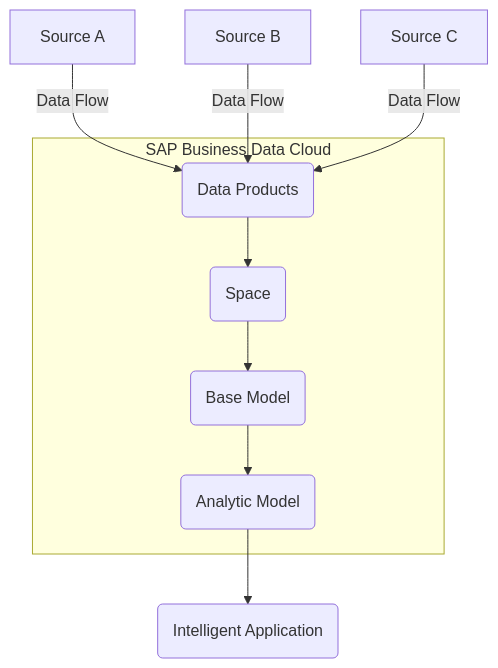
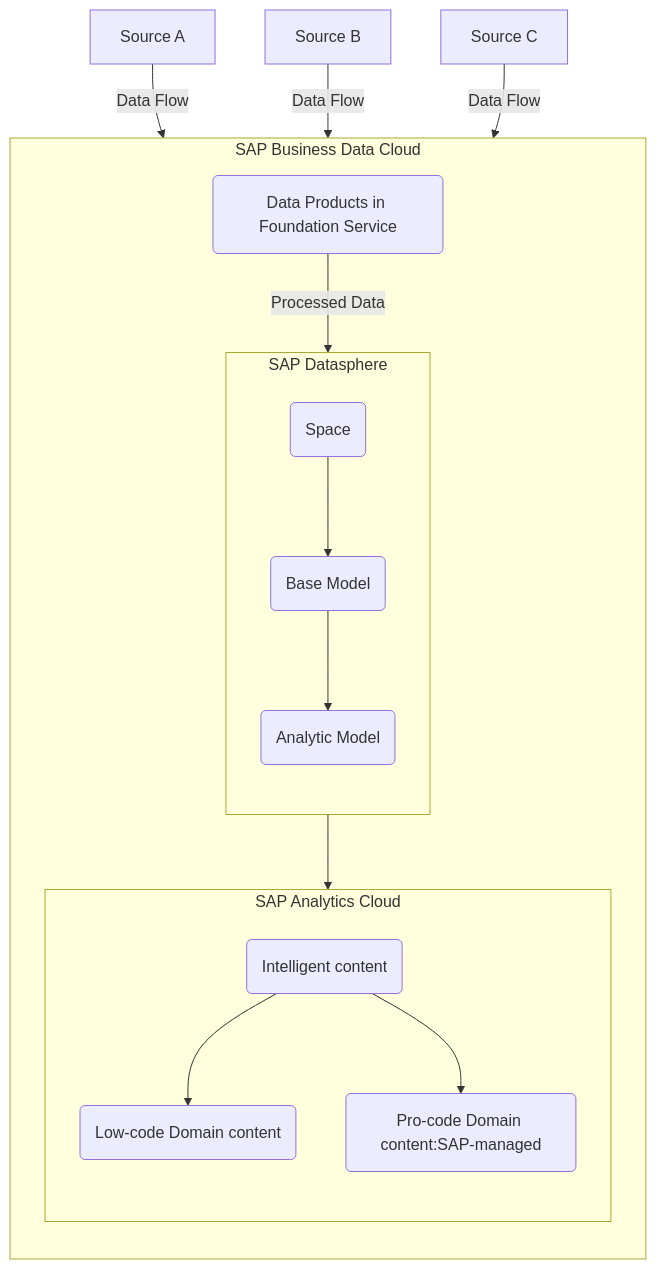
One commit to SAP/architecture-center changed the sixth of 7 diagrams in docs/community/02-Guidelines/06-diagrams.md. Above: the diagram before and after it, drawn with Mermaid.

Commit message:
docs: expand SAP Business Data Cloud flowchart with nested subgraphs
Add nested subgraphs for SAP Datasphere and SAP Analytics Cloud within
the SAP Business Data Cloud diagram. Include additional nodes for
Intelligent content, Low-code Domain content, and Pro-code Domain
content to better represent the full data enrichment pipeline.

````diff
--- a/docs/community/02-Guidelines/06-diagrams.md
+++ b/docs/community/02-Guidelines/06-diagrams.md
@@ -201,12 +201,21 @@
         ```mermaid
-        graph TD
+        graph TD;
         A[Source A] -->|Data Flow| B
         C[Source B] -->|Data Flow| B
         D[Source C] -->|Data Flow| B
-        subgraph SAP_Business_Data_Cloud[SAP Business Data Cloud]
-            B(Data Products) --> E(Space)
-            E --> F(Base Model)
-            F --> G(Analytic Model)
+        subgraph SAP Business Data Cloud
+        direction TB
+            B(Data Products in Foundation Service) -->|Processed Data| E(Space)
+            subgraph SAP Datasphere
+            direction TB
+                E --> F(Base Model)
+                F --> G(Analytic Model)
+            end
+            subgraph SAP Analytics Cloud
+            direction TB
+                G --> H(Intelligent content)
+                H --> I(Low-code Domain content)
+                H --> J(Pro-code Domain content:SAP-managed)
+            end
         end
-        G --> H(Intelligent Application)
         ```
````
